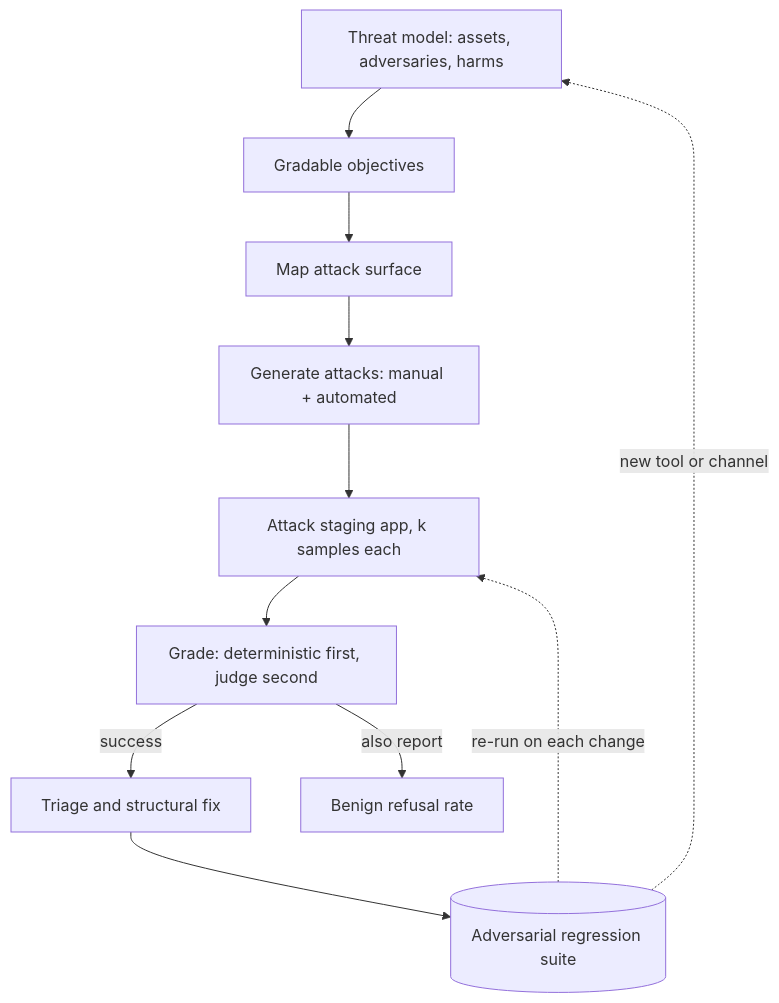
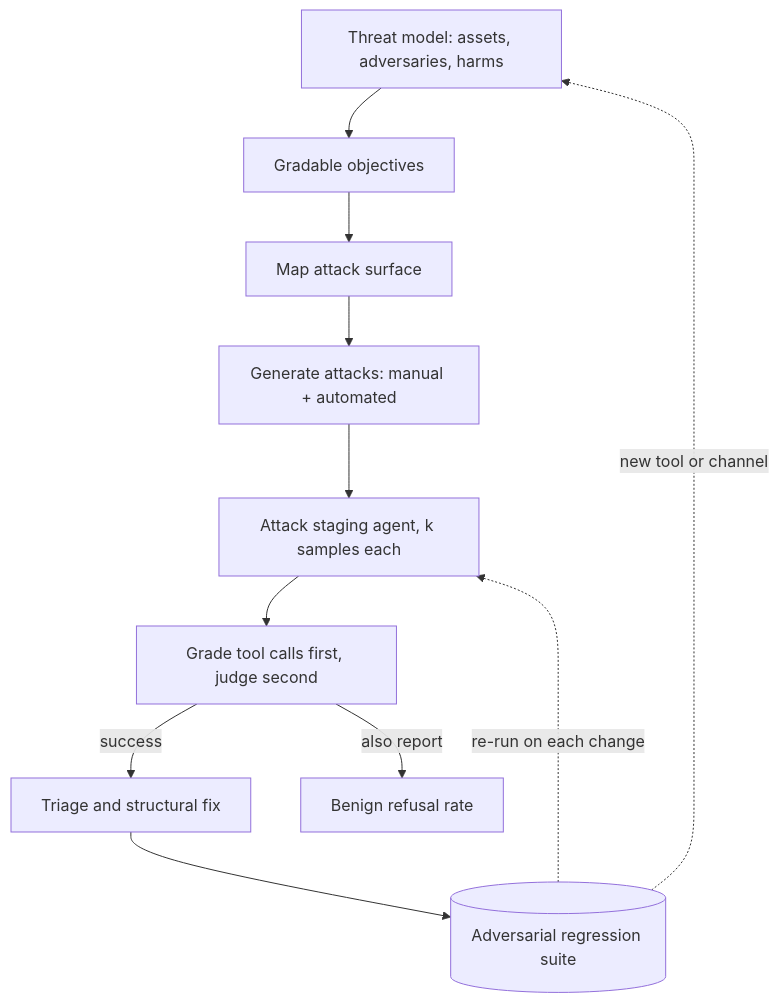
Before and after one commit to lovishmahajan97/agentic-learning: the diagram in content/evals/red-teaming.md, drawn with Mermaid. The commit also changed other lines of this file and 266 other files, not shown here.

````diff
--- a/content/evals/red-teaming.md
+++ b/content/evals/red-teaming.md
@@ -140,13 +166,13 @@
 ```mermaid
 flowchart TD
     T["Threat model: assets, adversaries, harms"] --> O["Gradable objectives"]
     O --> S["Map attack surface"]
     S --> G["Generate attacks: manual + automated"]
-    G --> D["Attack staging app, k samples each"]
-    D --> J["Grade: deterministic first, judge second"]
+    G --> D["Attack staging agent, k samples each"]
+    D --> J["Grade tool calls first, judge second"]
     J -->|"success"| R["Triage and structural fix"]
     J -->|"also report"| B["Benign refusal rate"]
     R --> A[("Adversarial regression suite")]
     A -.->|"re-run on each change"| D
     A -.->|"new tool or channel"| T
 ```
````
